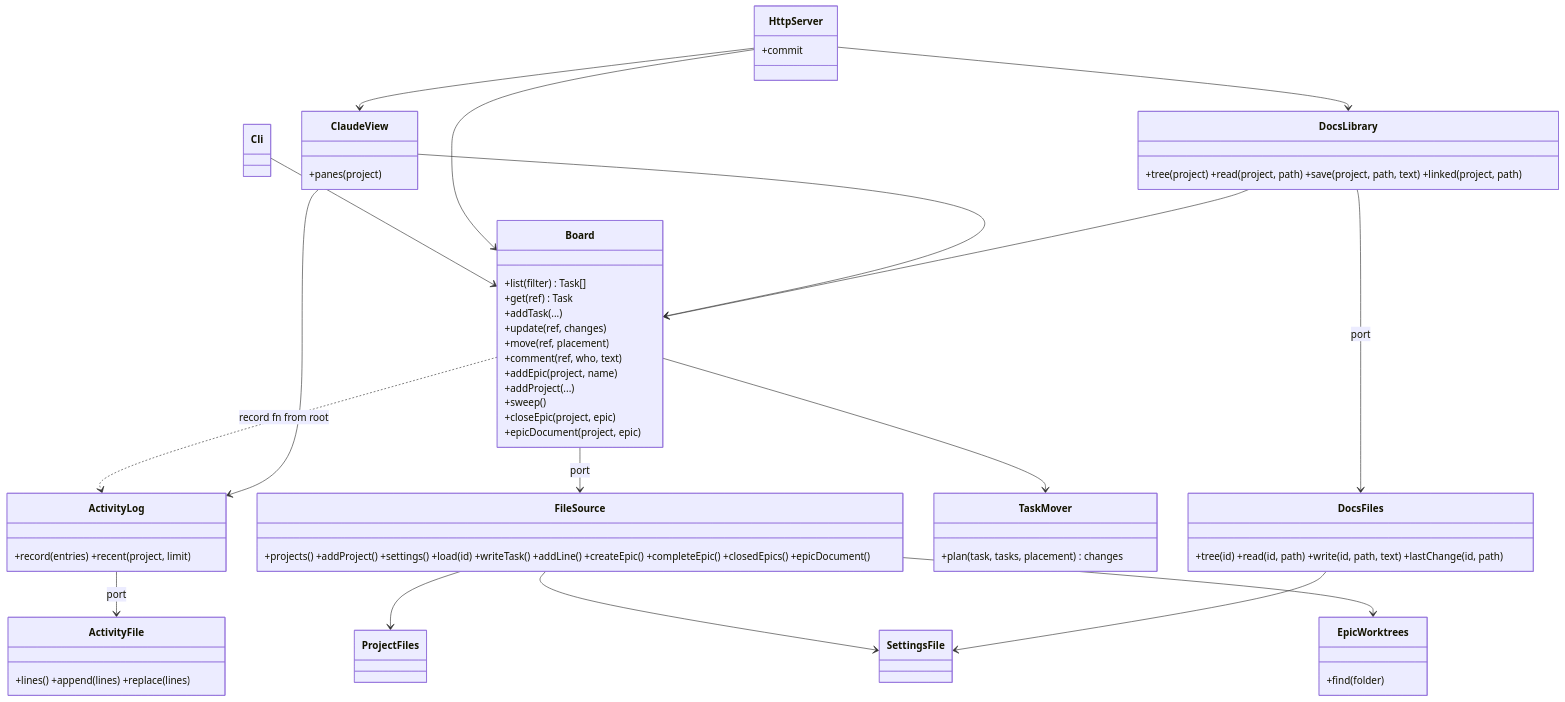
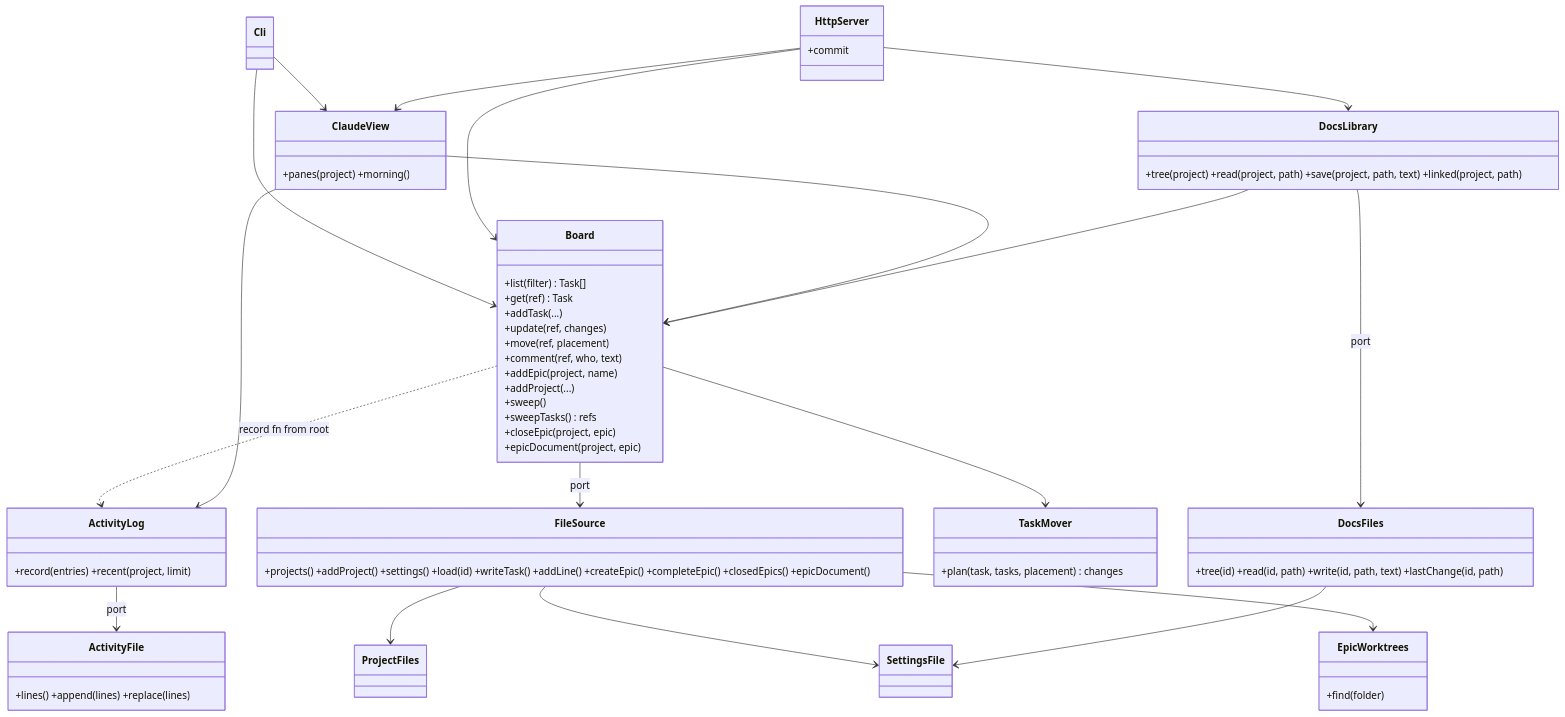
Before and after one commit to TabuNuf/doit: the diagram in Docs/Architecture.md, drawn with Mermaid. The commit also changed other lines of this file and 8 other files, not shown here.

````diff
--- a/Docs/Architecture.md
+++ b/Docs/Architecture.md
@@ -44,44 +44,46 @@
 ```mermaid
 classDiagram
   class Board {
     +list(filter) Task[]
     +get(ref) Task
     +addTask(...)
     +update(ref, changes)
     +move(ref, placement)
     +comment(ref, who, text)
     +addEpic(project, name)
     +addProject(...)
     +sweep()
+    +sweepTasks() refs
     +closeEpic(project, epic)
     +epicDocument(project, epic)
   }
-  class ClaudeView { +panes(project) }
+  class ClaudeView { +panes(project) +morning() }
   class ActivityLog { +record(entries) +recent(project, limit) }
   class ActivityFile { +lines() +append(lines) +replace(lines) }
   class DocsLibrary { +tree(project) +read(project, path) +save(project, path, text) +linked(project, path) }
   class DocsFiles { +tree(id) +read(id, path) +write(id, path, text) +lastChange(id, path) }
   class TaskMover { +plan(task, tasks, placement) changes }
   class FileSource { +projects() +addProject() +settings() +load(id) +writeTask() +addLine() +createEpic() +completeEpic() +closedEpics() +epicDocument() }
   class ProjectFiles
   class SettingsFile
   class EpicWorktrees { +find(folder) }
   class Cli
   class HttpServer { +commit }
   Board --> TaskMover
   Board ..> ActivityLog : record fn from root
   ActivityLog --> ActivityFile : port
   Board --> FileSource : port
   FileSource --> ProjectFiles
   FileSource --> SettingsFile
   FileSource --> EpicWorktrees
   Cli --> Board
+  Cli --> ClaudeView
   HttpServer --> Board
   HttpServer --> DocsLibrary
   HttpServer --> ClaudeView
   ClaudeView --> Board
   ClaudeView --> ActivityLog
   DocsLibrary --> Board
   DocsLibrary --> DocsFiles : port
   DocsFiles --> SettingsFile
 ```
````
